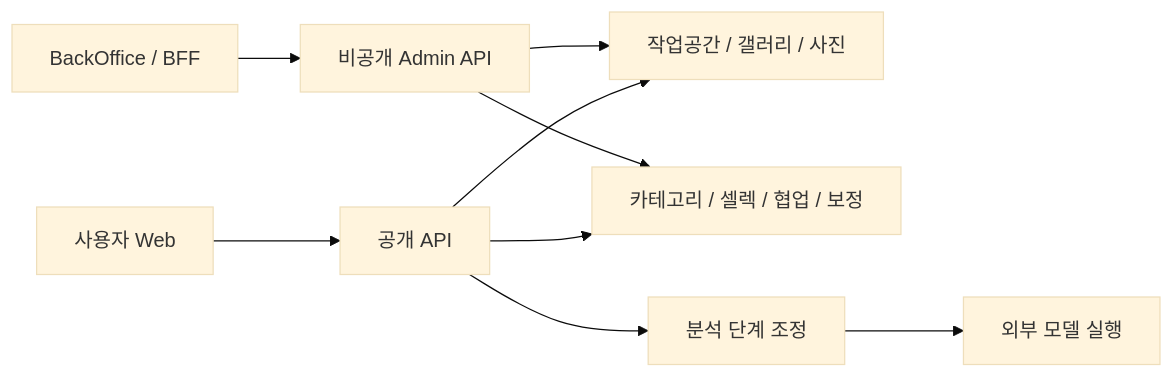
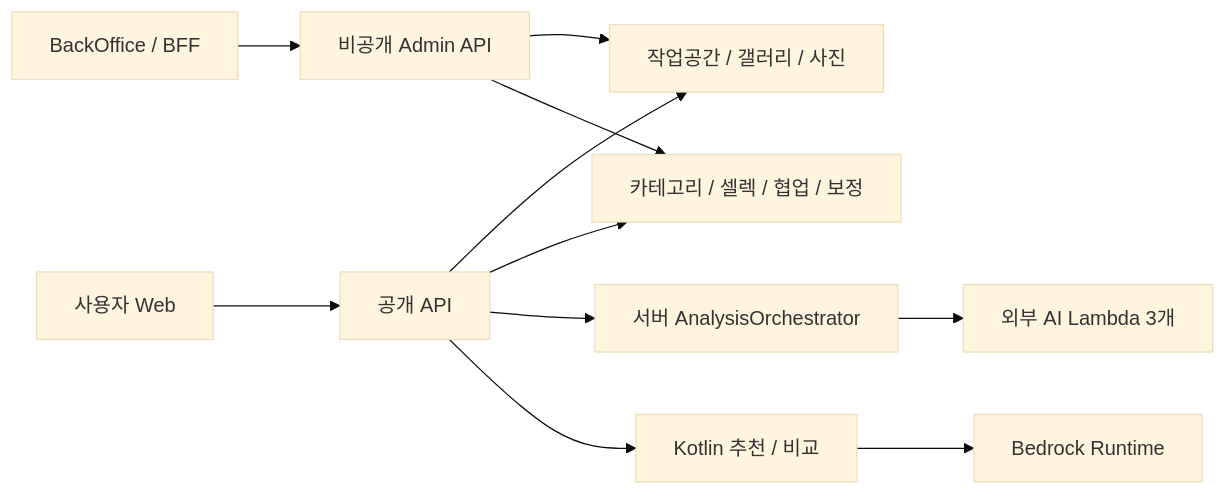
One commit to organic-agent/WES-DOCS changed the diagram in docs/architecture/application.md. Above: the diagram before and after it, drawn with Mermaid (base theme). The commit also changed other lines of this file and 25 other files, not shown here.

Commit message:
docs: sync approved architecture and execution contracts

````diff
--- a/docs/architecture/application.md
+++ b/docs/architecture/application.md
@@ -11,11 +11,13 @@
 ```mermaid
 flowchart LR
     WEB[사용자 Web] --> API[공개 API]
     API --> CORE[작업공간 / 갤러리 / 사진]
     API --> FLOW[카테고리 / 셀렉 / 협업 / 보정]
-    API --> ORCH[분석 단계 조정]
-    ORCH --> WORKER[외부 모델 실행]
+    API --> ORCH[서버 AnalysisOrchestrator]
+    ORCH --> WORKER[외부 AI Lambda 3개]
+    API --> REC[Kotlin 추천 / 비교]
+    REC --> BED[Bedrock Runtime]
     BO[BackOffice / BFF] --> ADM[비공개 Admin API]
     ADM --> CORE
     ADM --> FLOW
 ```
````
